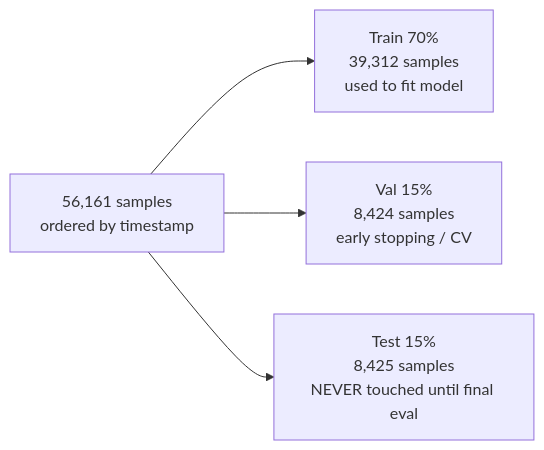
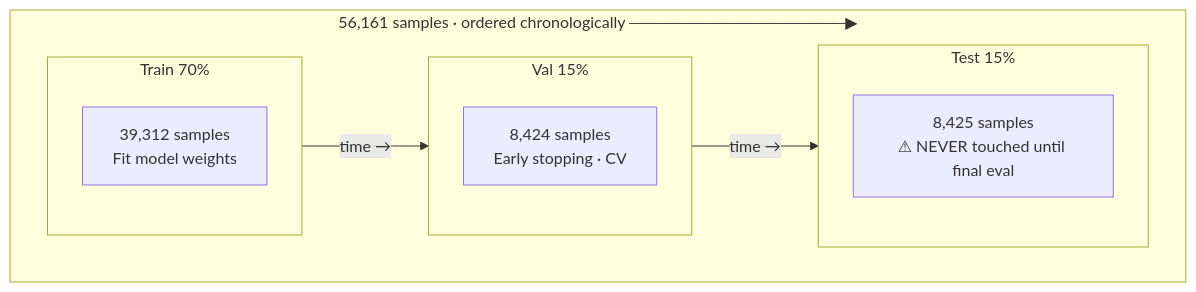
Before and after one commit to alejandrogonzalz/trading_management: the second of 5 diagrams in docs/ML_ARCHITECTURE.md, drawn with Mermaid. The commit also changed other lines of this file, not shown here.

First line of the commit message:
docs: improve Mermaid diagrams with subgraphs and nested detail boxes

````diff
--- a/docs/ML_ARCHITECTURE.md
+++ b/docs/ML_ARCHITECTURE.md
@@ -99,9 +143,16 @@
 ```mermaid
 flowchart LR
-    ALL["56,161 samples\nordered by timestamp"]
-    TR["Train 70%\n39,312 samples\nused to fit model"]
-    VAL["Val 15%\n8,424 samples\nearly stopping / CV"]
-    TST["Test 15%\n8,425 samples\nNEVER touched until final eval"]
-
-    ALL --> TR & VAL & TST
+    subgraph TIMELINE["56,161 samples · ordered chronologically ──────────────────▶"]
+        direction LR
+        subgraph TRAIN["Train  70%"]
+            TR["39,312 samples\nFit model weights"]
+        end
+        subgraph VAL["Val  15%"]
+            VL["8,424 samples\nEarly stopping · CV"]
+        end
+        subgraph TEST["Test  15%"]
+            TS["8,425 samples\n⚠ NEVER touched until final eval"]
+        end
+        TRAIN -->|time →| VAL -->|time →| TEST
+    end
 ```
````
